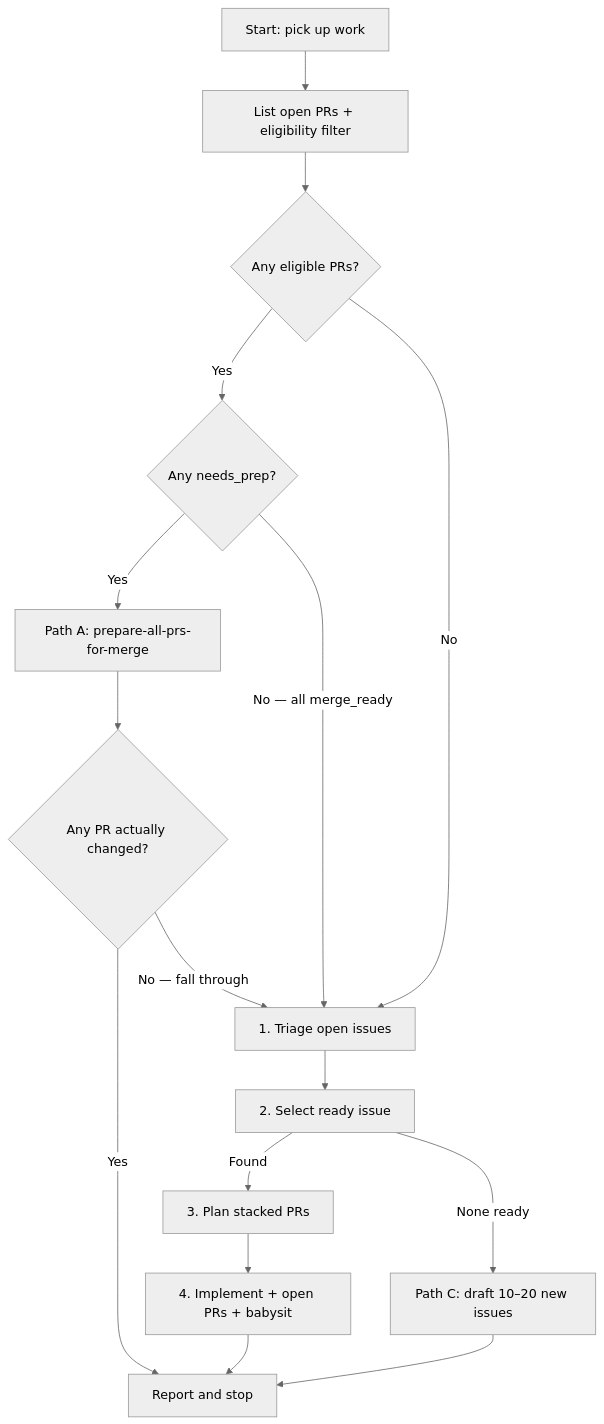
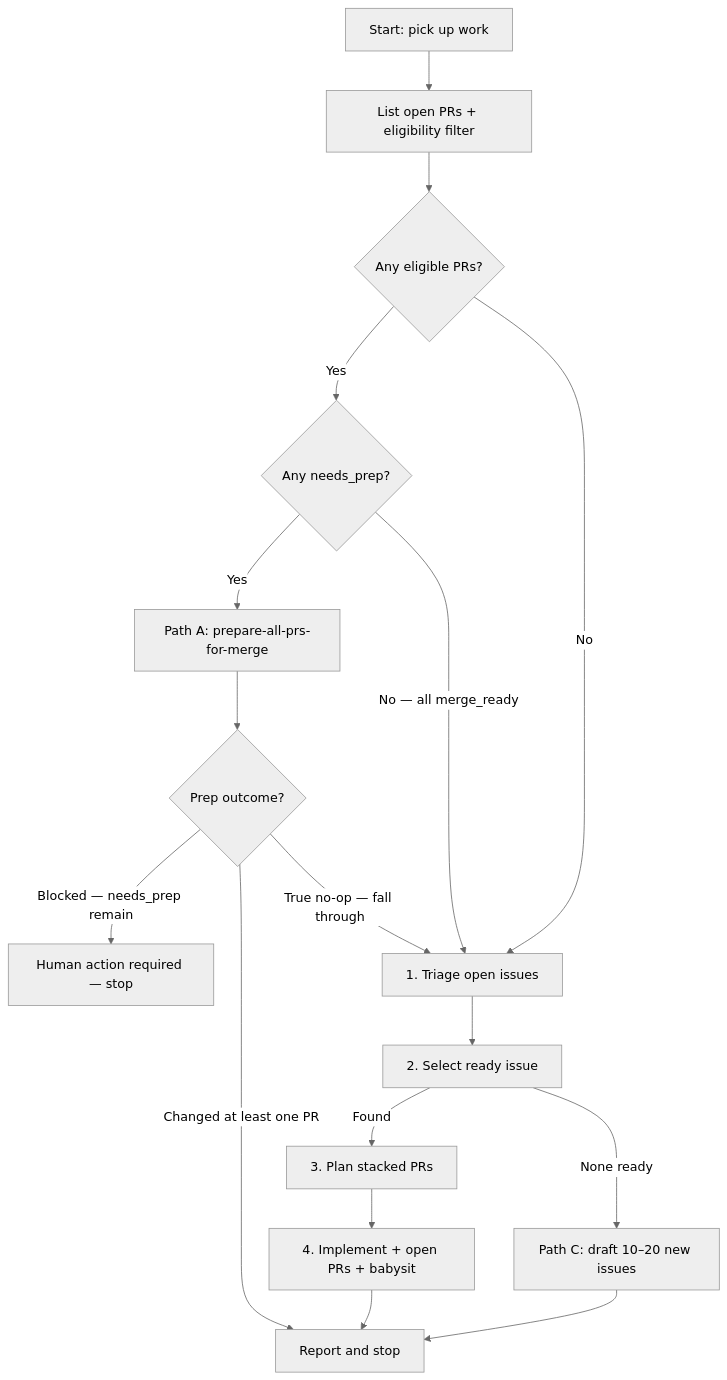
The diagram in .cursor/skills/pick-up-work-item/SKILL.md (toadslop/rtl88x2bu-linux-driver), drawn with Mermaid (neutral theme) before and after one commit. The commit also changed other lines of this file and 1 other file, not shown here.

First line of the commit message:
docs(skills): fall-through only when no needs_prep PRs remain

````diff
--- a/.cursor/skills/pick-up-work-item/SKILL.md
+++ b/.cursor/skills/pick-up-work-item/SKILL.md
@@ -126,18 +138,19 @@
 ```mermaid
 flowchart TD
   A[Start: pick up work] --> B[List open PRs + eligibility filter]
   B --> C{Any eligible PRs?}
   C -->|Yes| C2{Any needs_prep?}
   C2 -->|Yes| D[Path A: prepare-all-prs-for-merge]
-  D --> D2{Any PR actually changed?}
-  D2 -->|Yes| Z[Report and stop]
-  D2 -->|No — fall through| E
+  D --> D2{Prep outcome?}
+  D2 -->|Changed at least one PR| Z[Report and stop]
+  D2 -->|Blocked — needs_prep remain| Z2[Human action required — stop]
+  D2 -->|True no-op — fall through| E
   C2 -->|No — all merge_ready| E[1. Triage open issues]
   C -->|No| E
   E --> F[2. Select ready issue]
   F -->|Found| G[3. Plan stacked PRs]
   G --> H[4. Implement + open PRs + babysit]
   H --> Z
   F -->|None ready| I[Path C: draft 10–20 new issues]
   I --> Z
 ```
````
